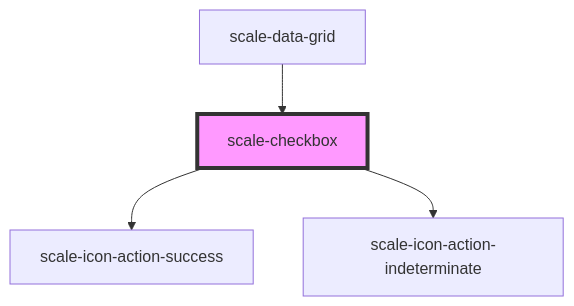
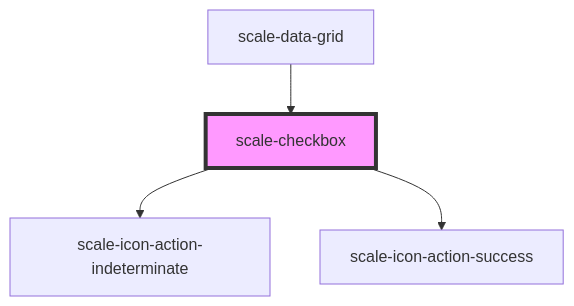
The diagram in packages/components/src/components/checkbox/readme.md (telekom/scale), drawn with Mermaid before and after one commit. The commit also changed other lines of this file and 4 other files, not shown here.

````diff
--- a/packages/components/src/components/checkbox/readme.md
+++ b/packages/components/src/components/checkbox/readme.md
@@ -44,7 +56,7 @@
 ```mermaid
 graph TD;
+  scale-checkbox --> scale-icon-action-indeterminate
   scale-checkbox --> scale-icon-action-success
-  scale-checkbox --> scale-icon-action-indeterminate
   scale-data-grid --> scale-checkbox
   style scale-checkbox fill:#f9f,stroke:#333,stroke-width:4px
 ```
````
